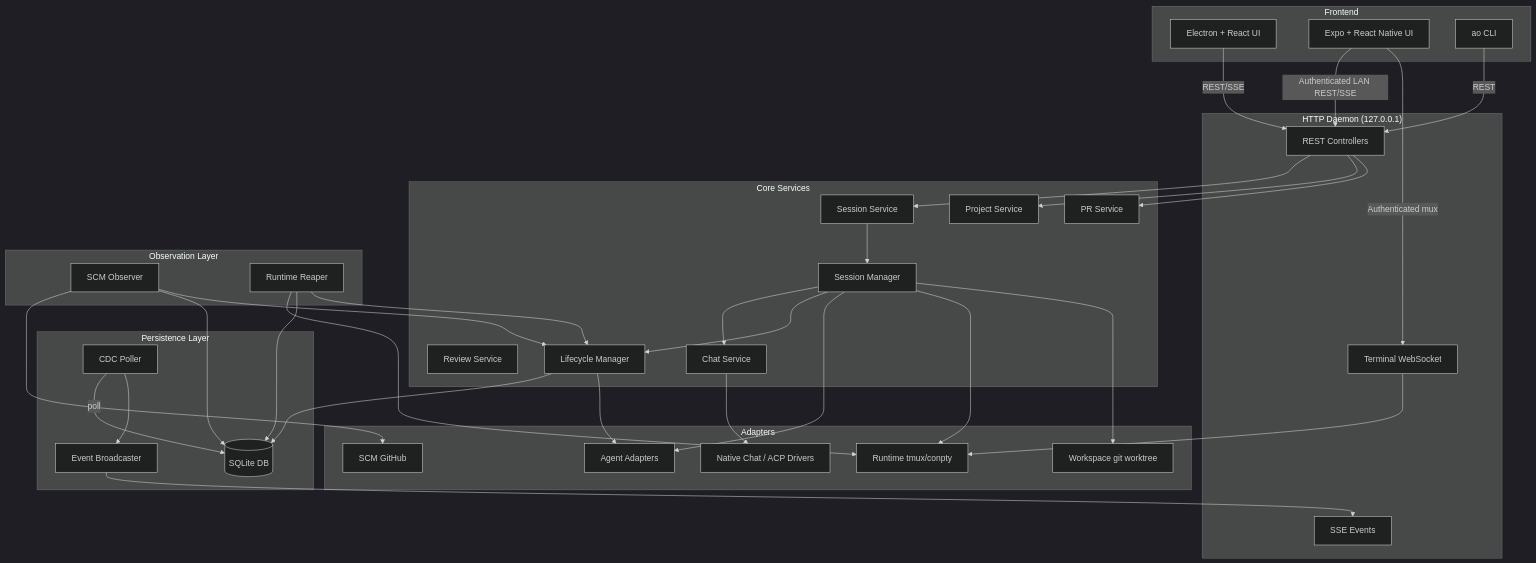
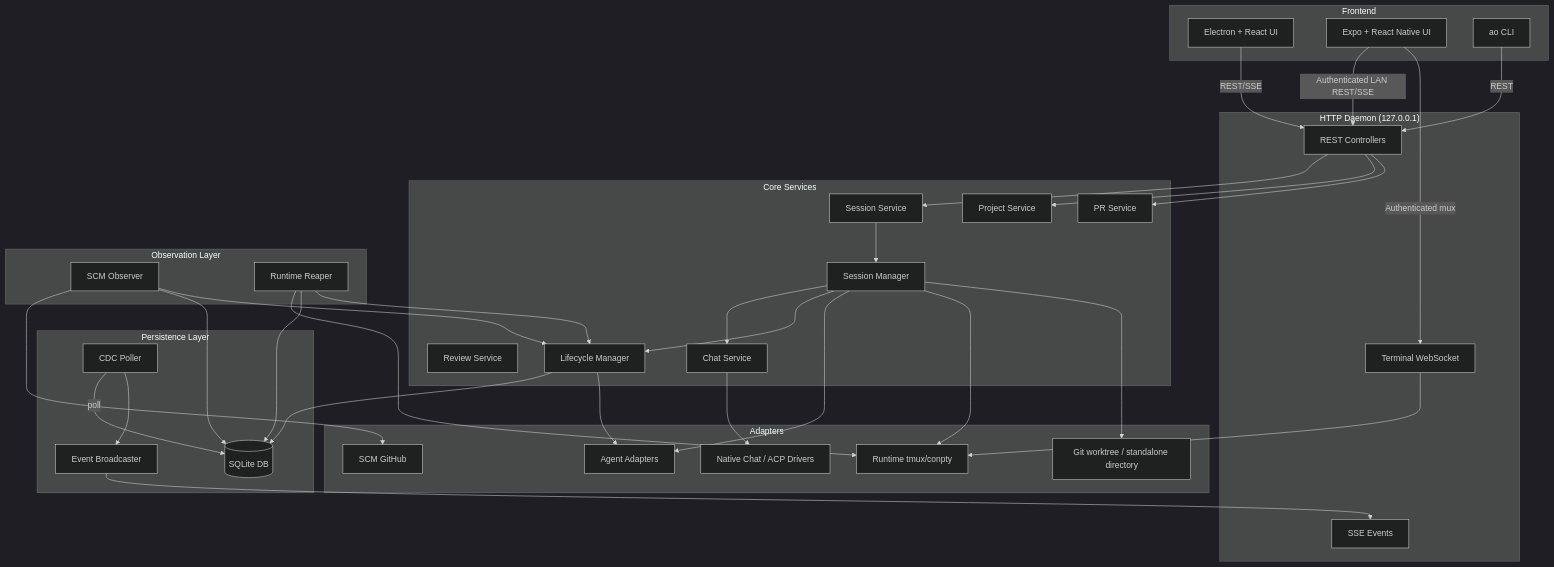
Before and after one commit to ComposioHQ/agent-orchestrator: the second of 24 diagrams in docs/architecture.md, drawn with Mermaid (dark theme). The commit also changed other lines of this file and 19 other files, not shown here.

````diff
--- a/docs/architecture.md
+++ b/docs/architecture.md
@@ -53,77 +53,77 @@
 ```mermaid
 graph TB
     subgraph Frontend
         FE[Electron + React UI]
         Mobile[Expo + React Native UI]
         CLI[ao CLI]
     end
 
     subgraph HTTP["HTTP Daemon (127.0.0.1)"]
         Controllers[REST Controllers]
         SSE[SSE Events]
         Terminal[Terminal WebSocket]
     end
 
     subgraph Core["Core Services"]
         SessionSvc[Session Service]
         ProjectSvc[Project Service]
         PRSvc[PR Service]
         ReviewSvc[Review Service]
         SessionMgr[Session Manager]
         ChatSvc[Chat Service]
         LCM[Lifecycle Manager]
     end
 
     subgraph Observe["Observation Layer"]
         SCMObserver[SCM Observer]
         Reaper[Runtime Reaper]
     end
 
     subgraph Storage["Persistence Layer"]
         SQLite[(SQLite DB)]
         CDC[CDC Poller]
         Broadcaster[Event Broadcaster]
     end
 
     subgraph Adapters["Adapters"]
         AgentAdapter[Agent Adapters]
         RuntimeAdapter[Runtime tmux/conpty]
         ChatDriver[Native Chat / ACP Drivers]
-        WorkspaceAdapter[Workspace git worktree]
+        WorkspaceAdapter[Git worktree / standalone directory]
         SCMAdapter[SCM GitHub]
     end
 
     FE -->|REST/SSE| Controllers
     Mobile -->|Authenticated LAN REST/SSE| Controllers
     Mobile -->|Authenticated mux| Terminal
     CLI -->|REST| Controllers
     Controllers --> SessionSvc
     Controllers --> ProjectSvc
     Controllers --> PRSvc
 
     SessionSvc --> SessionMgr
     SessionMgr --> ChatSvc
     SessionMgr --> LCM
     SessionMgr --> AgentAdapter
     SessionMgr --> RuntimeAdapter
     SessionMgr --> WorkspaceAdapter
     ChatSvc --> ChatDriver
 
     LCM --> SQLite
     LCM --> AgentAdapter
 
     SCMObserver --> SCMAdapter
     SCMObserver --> SQLite
     SCMObserver --> LCM
 
     Reaper --> RuntimeAdapter
     Reaper --> SQLite
     Reaper --> LCM
 
     CDC -->|poll| SQLite
     CDC --> Broadcaster
     Broadcaster --> SSE
 
     Terminal --> RuntimeAdapter
 
 ```
````
